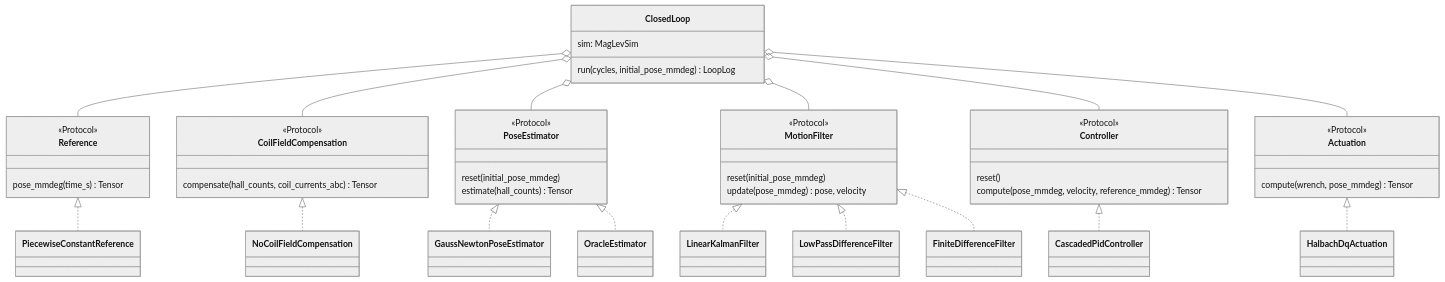
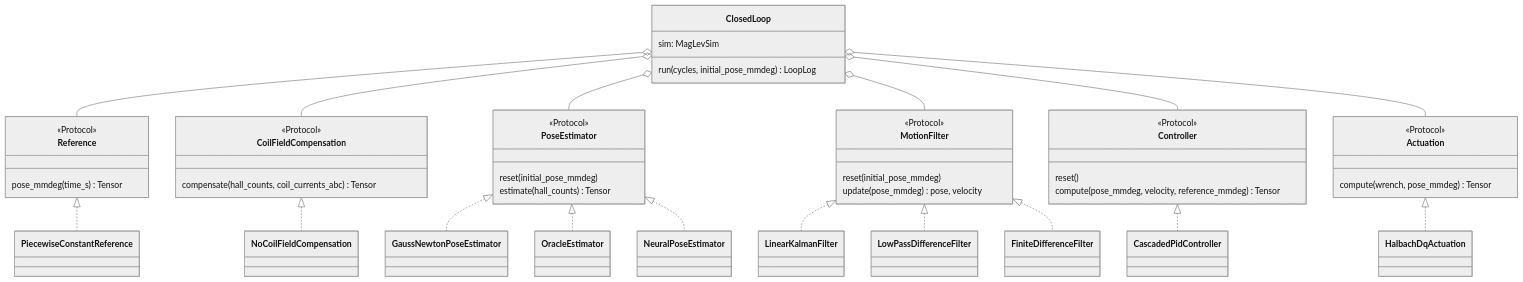
The third of 5 diagrams in docs/architecture.md (Verschnupft/MagLevClosedLoop), drawn with Mermaid (neutral theme) before and after one commit. The commit also changed other lines of this file and 8 other files, not shown here.

Commit message:
Add neural pose estimator with log MLP checkpoint

````diff
--- a/docs/architecture.md
+++ b/docs/architecture.md
@@ -59,51 +89,52 @@
 ```mermaid
 classDiagram
   class Reference {
     <<Protocol>>
     pose_mmdeg(time_s) Tensor
   }
   class CoilFieldCompensation {
     <<Protocol>>
     compensate(hall_counts, coil_currents_abc) Tensor
   }
   class PoseEstimator {
     <<Protocol>>
     reset(initial_pose_mmdeg)
     estimate(hall_counts) Tensor
   }
   class MotionFilter {
     <<Protocol>>
     reset(initial_pose_mmdeg)
     update(pose_mmdeg) pose, velocity
   }
   class Controller {
     <<Protocol>>
     reset()
     compute(pose_mmdeg, velocity, reference_mmdeg) Tensor
   }
   class Actuation {
     <<Protocol>>
     compute(wrench, pose_mmdeg) Tensor
   }
   class ClosedLoop {
     sim: MagLevSim
     run(cycles, initial_pose_mmdeg) LoopLog
   }
 
   Reference <|.. PiecewiseConstantReference
   CoilFieldCompensation <|.. NoCoilFieldCompensation
   PoseEstimator <|.. GaussNewtonPoseEstimator
   PoseEstimator <|.. OracleEstimator
+  PoseEstimator <|.. NeuralPoseEstimator
   MotionFilter <|.. LinearKalmanFilter
   MotionFilter <|.. LowPassDifferenceFilter
   MotionFilter <|.. FiniteDifferenceFilter
   Controller <|.. CascadedPidController
   Actuation <|.. HalbachDqActuation
 
   ClosedLoop o-- Reference
   ClosedLoop o-- CoilFieldCompensation
   ClosedLoop o-- PoseEstimator
   ClosedLoop o-- MotionFilter
   ClosedLoop o-- Controller
   ClosedLoop o-- Actuation
 ```
````
